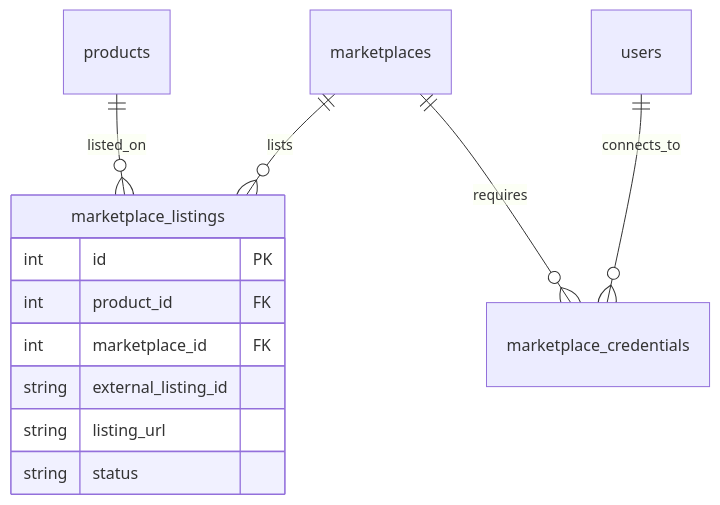
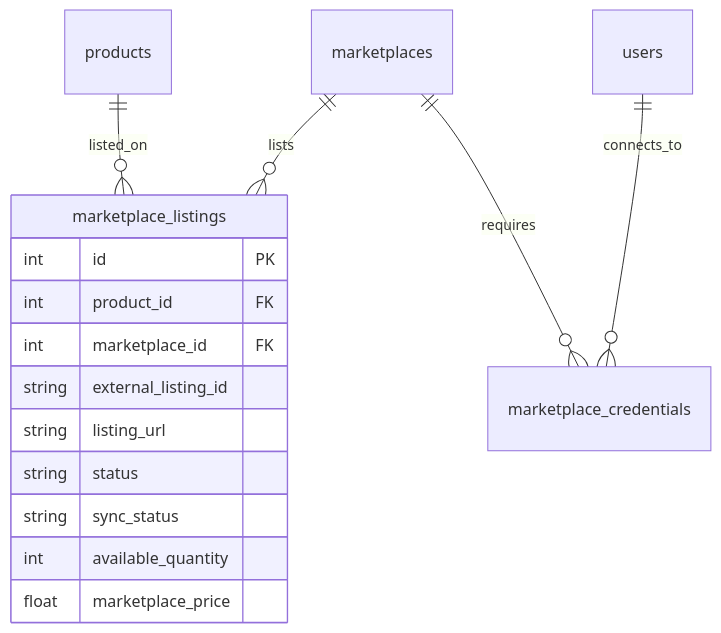
One commit to nickvander/fulcrum changed the sixth of 11 diagrams in docs/concepts/database-architecture.md. Above: the diagram before and after it, drawn with Mermaid. The commit also changed other lines of this file and 2 other files, not shown here.

First line of the commit message:
Document stock-transfer / marketplace-allocation workflow

````diff
--- a/docs/concepts/database-architecture.md
+++ b/docs/concepts/database-architecture.md
@@ -250,16 +299,19 @@
 ```mermaid
 erDiagram
     marketplace_listings {
         int id PK
         int product_id FK
         int marketplace_id FK
         string external_listing_id
         string listing_url
         string status
+        string sync_status
+        int available_quantity
+        float marketplace_price
     }
 
     marketplaces ||--o{ marketplace_listings : lists
     products ||--o{ marketplace_listings : listed_on
     users ||--o{ marketplace_credentials : connects_to
     marketplaces ||--o{ marketplace_credentials : requires
 ```
````
